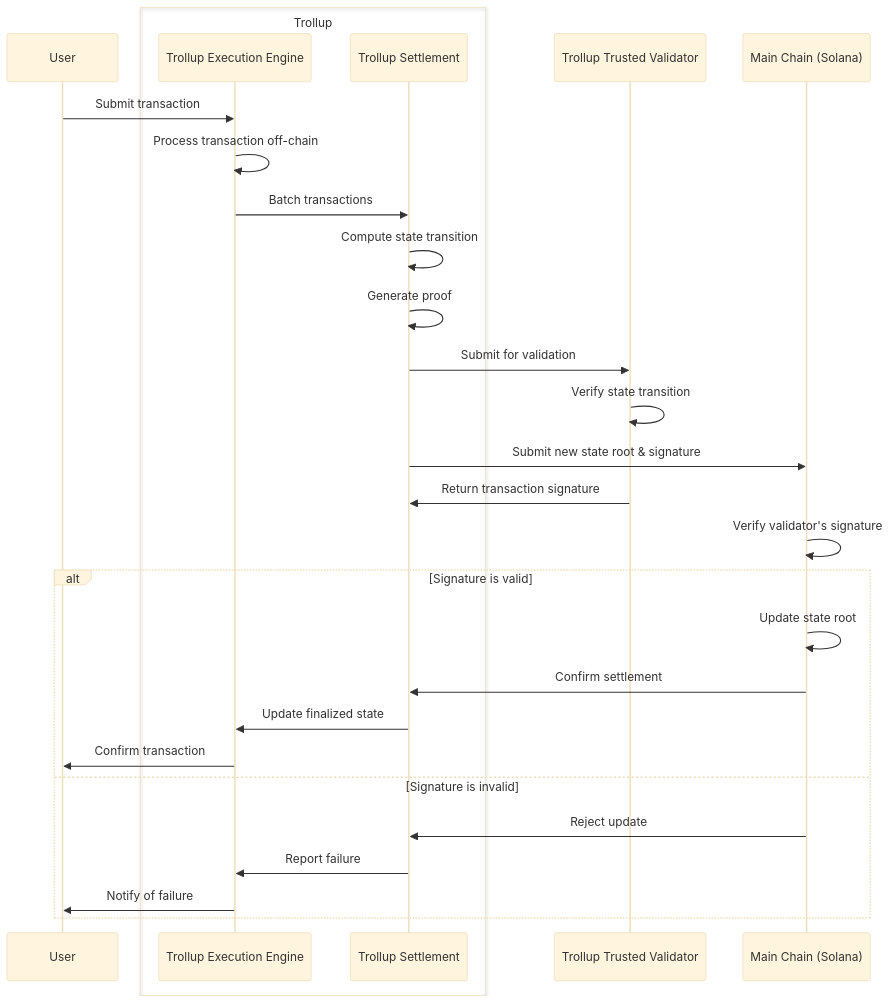
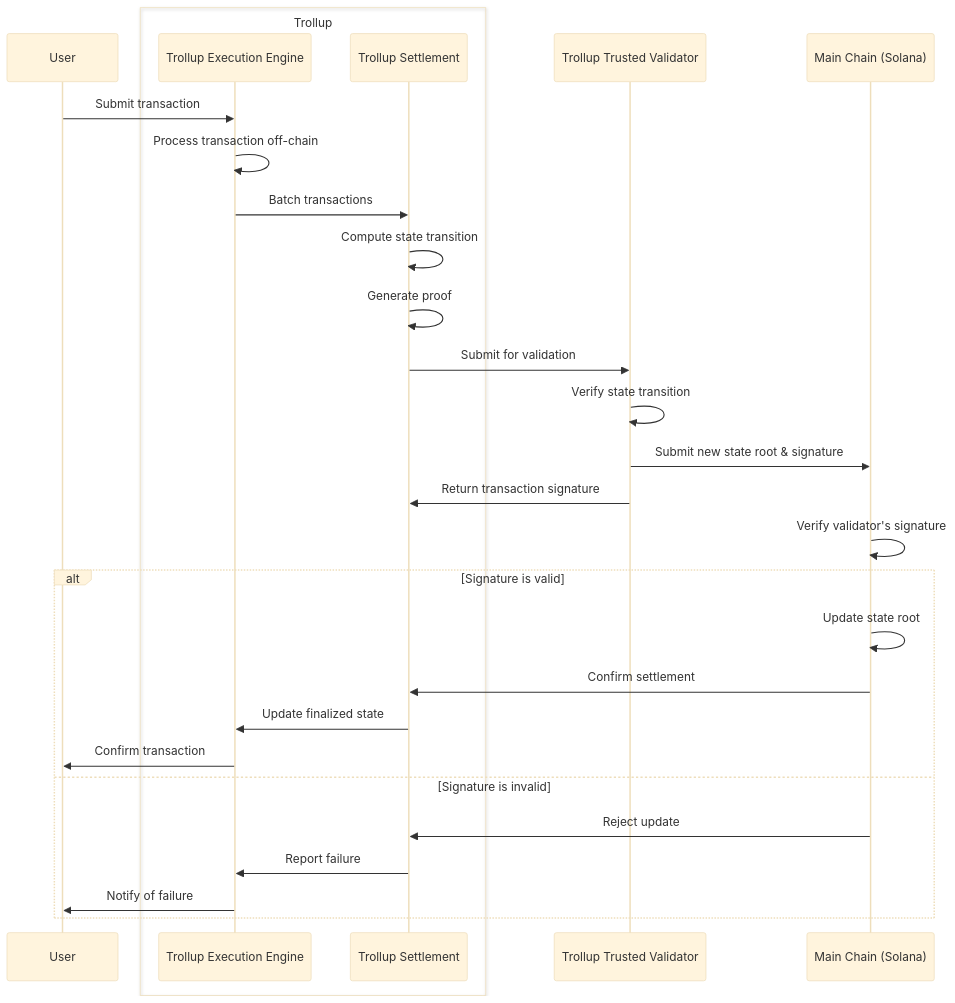
The third of 3 diagrams in README.md (wkennedy/trollup), drawn with Mermaid (base theme) before and after one commit.

Commit message:
Fix state root submission actor in README diagram
Changed the actor responsible for submitting the new state root and signature from Settlement to Validator. This correction aligns the documentation with the actual process flow.

````diff
--- a/README.md
+++ b/README.md
@@ -72,31 +72,31 @@
 ```mermaid
 sequenceDiagram
     participant User
     box Trollup
         participant Rollup as Trollup Execution Engine
         participant Settlement as Trollup Settlement
     end
     participant Validator as Trollup Trusted Validator
     participant MainChain as Main Chain (Solana)
 
     User->>Rollup: Submit transaction
     Rollup->>Rollup: Process transaction off-chain
     Rollup->>Settlement: Batch transactions
     Settlement->>Settlement: Compute state transition
     Settlement->>Settlement: Generate proof
     Settlement->>Validator: Submit for validation
     Validator->>Validator: Verify state transition
-    Settlement->>MainChain: Submit new state root & signature
+    Validator->>MainChain: Submit new state root & signature
     Validator->>Settlement: Return transaction signature
     MainChain->>MainChain: Verify validator's signature
     alt Signature is valid
         MainChain->>MainChain: Update state root
         MainChain->>Settlement: Confirm settlement
         Settlement->>Rollup: Update finalized state
         Rollup->>User: Confirm transaction
     else Signature is invalid
         MainChain->>Settlement: Reject update
         Settlement->>Rollup: Report failure
         Rollup->>User: Notify of failure
     end
 ```
````
